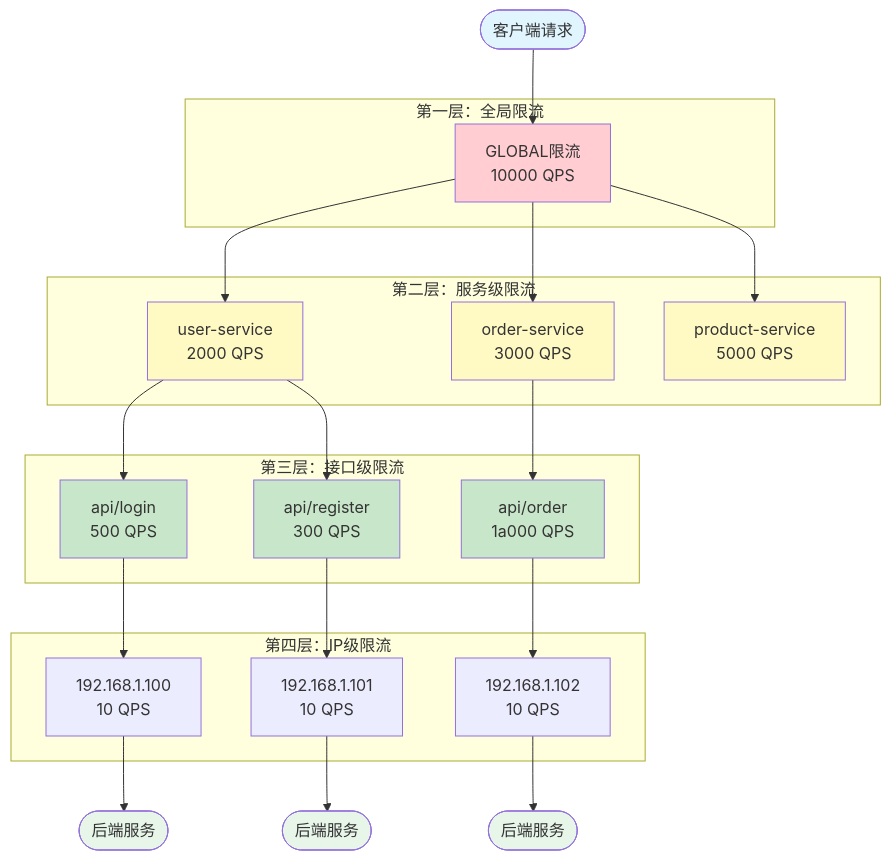
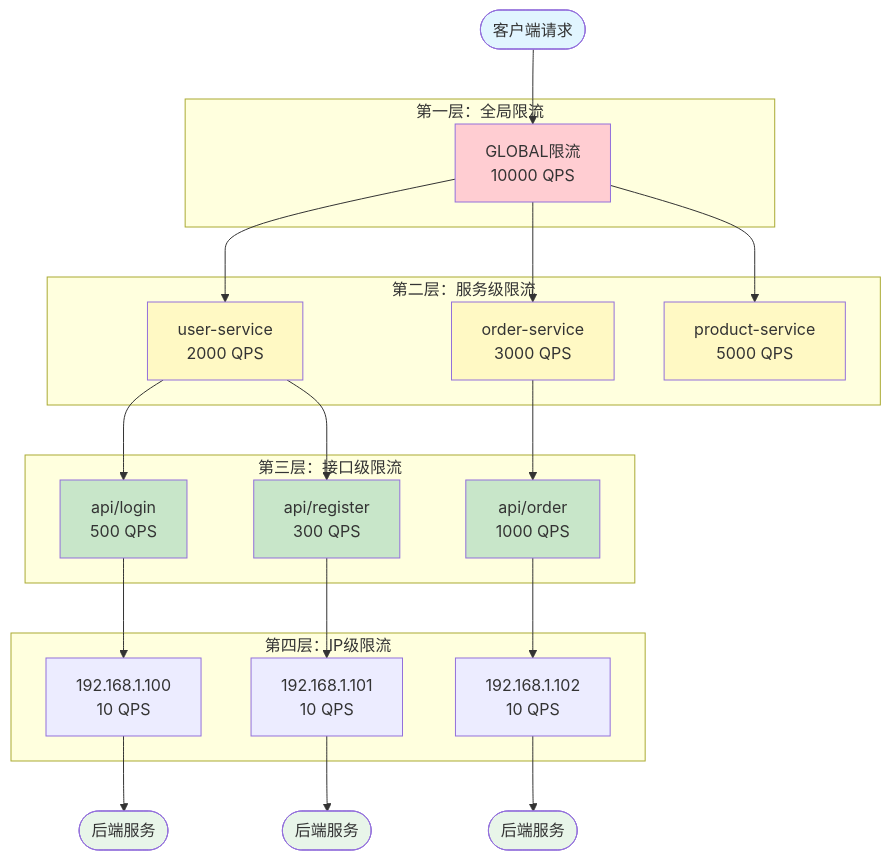
Diagram 11 of 13 in src/projects/gateway/项目文档/核心服务/10.3 分布式限流器-流程图与架构图.md (1973034392/codelong-blog), drawn with Mermaid before and after one commit. The commit also changed other lines of this file and 25 other files, not shown here.

````diff
--- a/src/projects/gateway/项目文档/核心服务/10.3 分布式限流器-流程图与架构图.md
+++ b/src/projects/gateway/项目文档/核心服务/10.3 分布式限流器-流程图与架构图.md
@@ -274,60 +364,60 @@
 ```mermaid
 flowchart TB
     Request([客户端请求])
 
     subgraph Layer1["第一层：全局限流"]
         Global[GLOBAL限流<br/>10000 QPS]
     end
 
     subgraph Layer2["第二层：服务级限流"]
         Service1[user-service<br/>2000 QPS]
         Service2[order-service<br/>3000 QPS]
         Service3[product-service<br/>5000 QPS]
     end
 
     subgraph Layer3["第三层：接口级限流"]
         Interface1["api/login<br/>500 QPS"]
         Interface2["api/register<br/>300 QPS"]
-        Interface3["api/order<br/>1a000 QPS"]
+        Interface3["api/order<br/>1000 QPS"]
     end
 
     subgraph Layer4["第四层：IP级限流"]
         IP1[192.168.1.100<br/>10 QPS]
         IP2[192.168.1.101<br/>10 QPS]
         IP3[192.168.1.102<br/>10 QPS]
     end
 
     Backend1([后端服务])
     Backend2([后端服务])
     Backend3([后端服务])
 
     Request --> Global
 
     Global --> Service1
     Global --> Service2
     Global --> Service3
 
     Service1 --> Interface1
     Service1 --> Interface2
     Service2 --> Interface3
 
     Interface1 --> IP1
     Interface2 --> IP2
     Interface3 --> IP3
 
     IP1 --> Backend1
     IP2 --> Backend2
     IP3 --> Backend3
 
     style Request fill:#e1f5ff
     style Global fill:#ffcdd2
     style Service1 fill:#fff9c4
     style Service2 fill:#fff9c4
     style Service3 fill:#fff9c4
     style Interface1 fill:#c8e6c9
     style Interface2 fill:#c8e6c9
     style Interface3 fill:#c8e6c9
     style Backend1 fill:#e8f5e9
     style Backend2 fill:#e8f5e9
     style Backend3 fill:#e8f5e9
 ```
````
